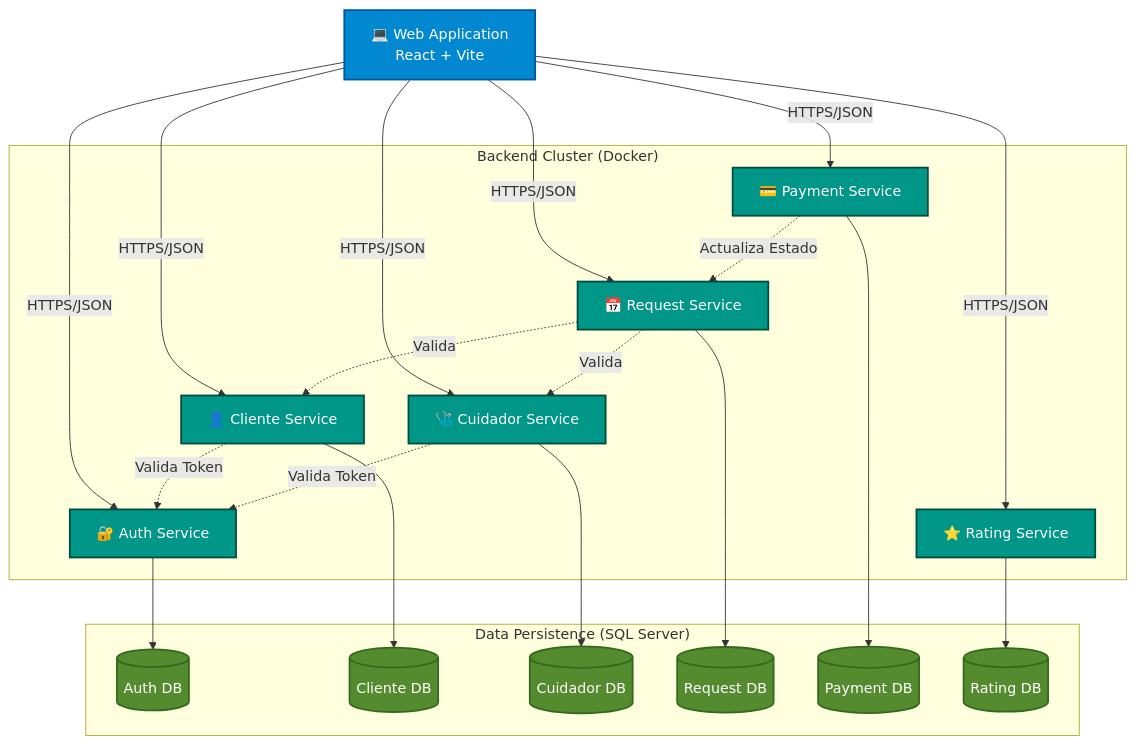
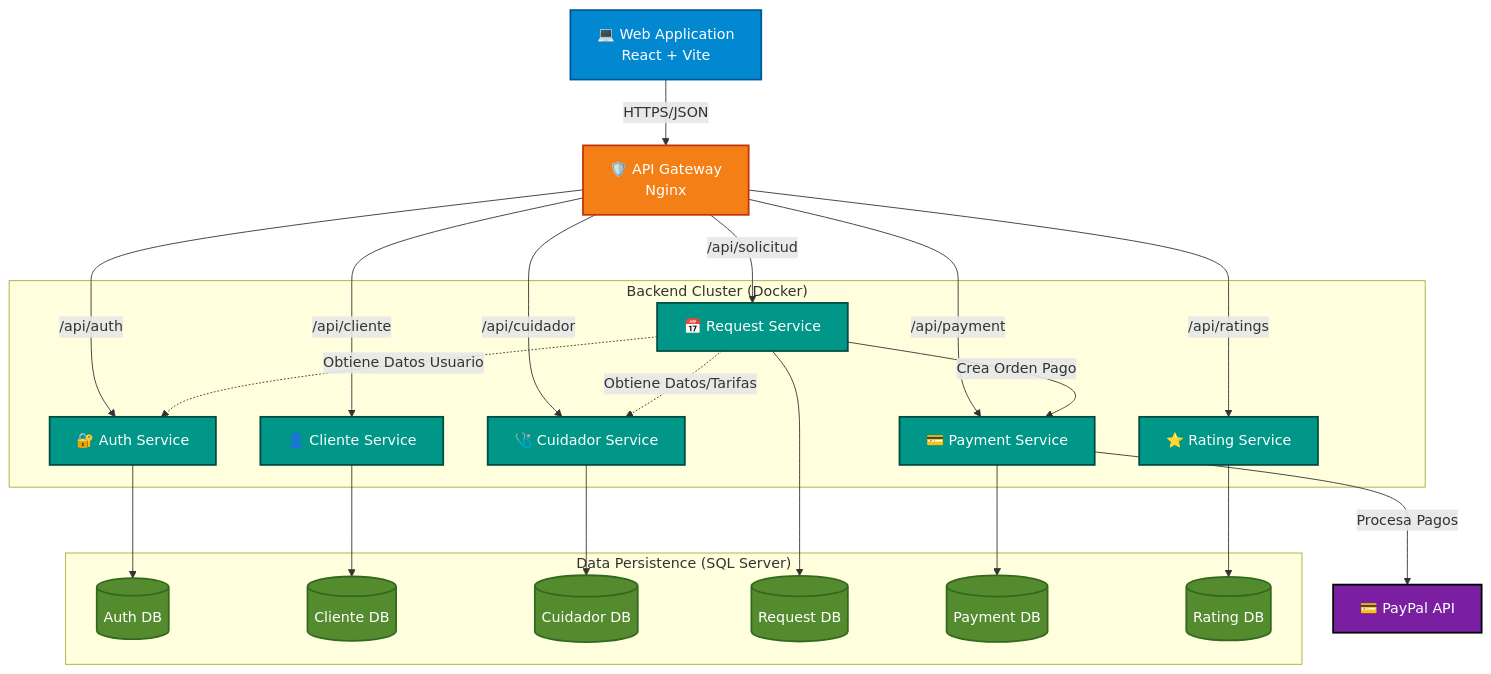
The second of 2 diagrams in README.md (WooshC/PetCare-DSS), drawn with Mermaid before and after one commit.

Commit message:
update c2

````diff
--- a/README.md
+++ b/README.md
@@ -47,57 +47,71 @@
 ```mermaid
 graph TD
     %% Frontend
     WebApp[💻 Web Application<br/>React + Vite]
+
+    %% Gateway
+    Gateway[🛡️ API Gateway<br/>Nginx]
 
     %% Microservicios
     subgraph "Backend Cluster (Docker)"
         Auth[🔐 Auth Service]
         Client[👤 Cliente Service]
         Caregiver[🩺 Cuidador Service]
         Request[📅 Request Service]
         Payment[💳 Payment Service]
         Rating[⭐ Rating Service]
     end
 
     %% Bases de Datos
     subgraph "Data Persistence (SQL Server)"
         DB_Auth[(Auth DB)]
         DB_Client[(Cliente DB)]
         DB_Caregiver[(Cuidador DB)]
         DB_Request[(Request DB)]
         DB_Payment[(Payment DB)]
         DB_Rating[(Rating DB)]
     end
 
-    %% Relaciones UI -> Services
-    WebApp -->|HTTPS/JSON| Auth
-    WebApp -->|HTTPS/JSON| Client
-    WebApp -->|HTTPS/JSON| Caregiver
-    WebApp -->|HTTPS/JSON| Request
-    WebApp -->|HTTPS/JSON| Payment
-    WebApp -->|HTTPS/JSON| Rating
+    %% Relaciones Externas
+    PayPal[💳 PayPal API]
 
-    %% Relaciones Internas
-    Client -.->|Valida Token| Auth
-    Caregiver -.->|Valida Token| Auth
-    Request -.->|Valida| Client
-    Request -.->|Valida| Caregiver
-    Payment -.->|Actualiza Estado| Request
+    %% Relaciones UI -> Gateway
+    WebApp -->|HTTPS/JSON| Gateway
+
+    %% Relaciones Gateway -> Services
+    Gateway -->|/api/auth| Auth
+    Gateway -->|/api/cliente| Client
+    Gateway -->|/api/cuidador| Caregiver
+    Gateway -->|/api/solicitud| Request
+    Gateway -->|/api/payment| Payment
+    Gateway -->|/api/ratings| Rating
+
+    %% Relaciones Internas (Service -> Service)
+    Request -.->|Obtiene Datos Usuario| Auth
+    Request -.->|Obtiene Datos/Tarifas| Caregiver
+    Request -->|Crea Orden Pago| Payment
 
     %% Relaciones DB
     Auth --> DB_Auth
     Client --> DB_Client
     Caregiver --> DB_Caregiver
     Request --> DB_Request
     Payment --> DB_Payment
     Rating --> DB_Rating
 
+    %% Relaciones con Externos
+    Payment -->|Procesa Pagos| PayPal
+
     %% Estilos
     classDef web fill:#0288d1,stroke:#01579b,stroke-width:2px,color:#fff
+    classDef gateway fill:#f57f17,stroke:#bf360c,stroke-width:2px,color:#fff
     classDef service fill:#009688,stroke:#004d40,stroke-width:2px,color:#fff
     classDef db fill:#558b2f,stroke:#33691e,stroke-width:2px,color:#fff
+    classDef external fill:#7b1fa2,stroke:#000,stroke-width:2px,color:#fff
 
     class WebApp web
+    class Gateway gateway
     class Auth,Client,Caregiver,Request,Payment,Rating service
     class DB_Auth,DB_Client,DB_Caregiver,DB_Request,DB_Payment,DB_Rating db
+    class PayPal external
 ```
````
